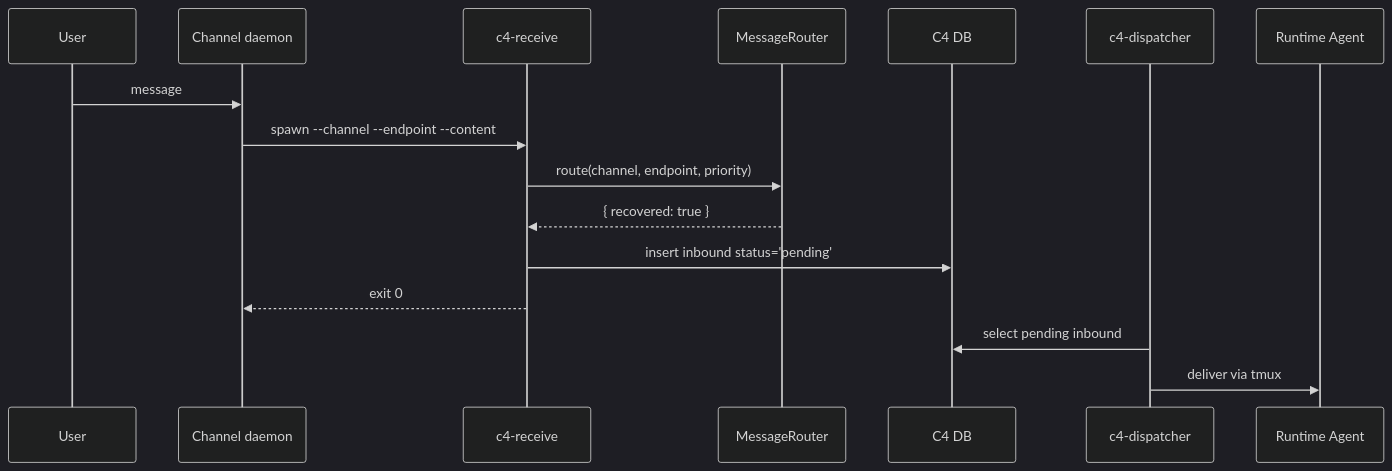
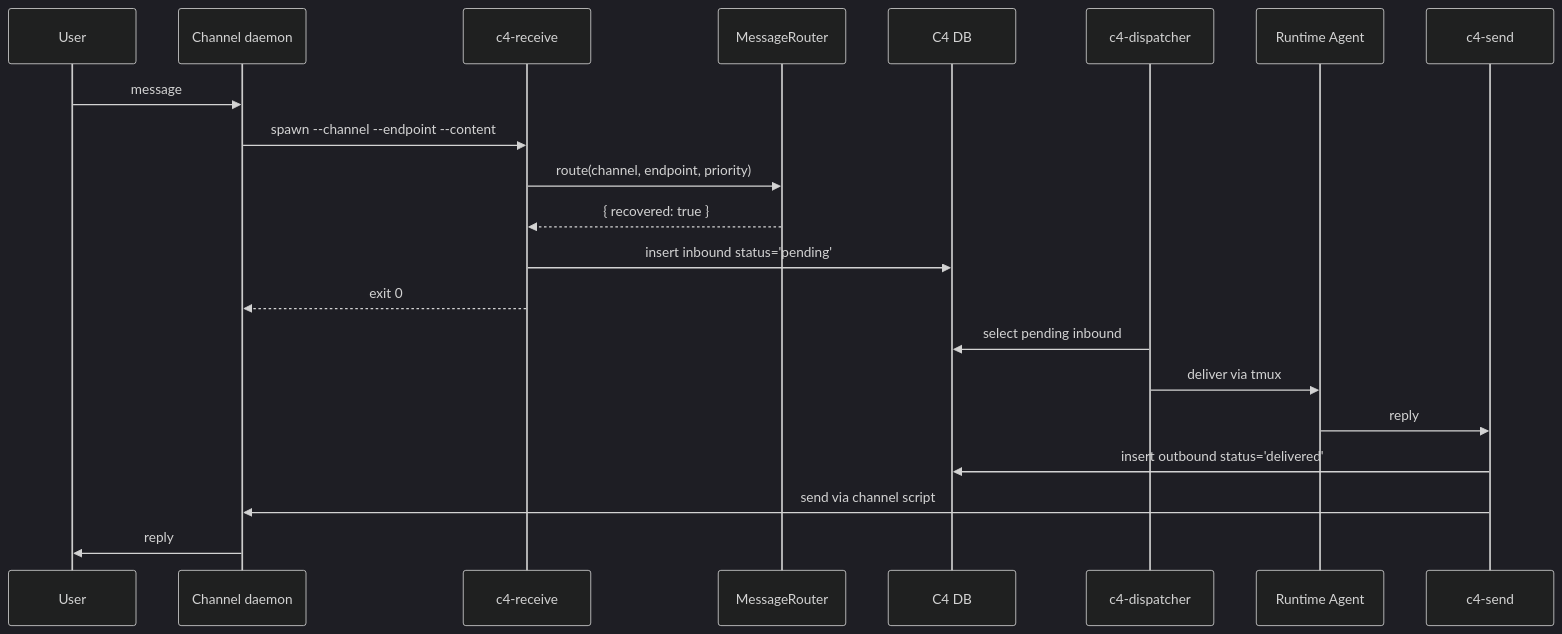
The second of 3 diagrams in docs/activity-monitor-design.md (zylos-ai/zylos-core), drawn with Mermaid (dark theme) before and after one commit. The commit also changed other lines of this file, not shown here.

Commit message:
docs(am): align container table and interaction diagrams
- Add c4-dispatcher to container table (was only in OK path diagram)
- Add c4-send reply flow to OK path diagram (was only in unhealthy path)

````diff
--- a/docs/activity-monitor-design.md
+++ b/docs/activity-monitor-design.md
@@ -73,19 +74,24 @@
 ```mermaid
 sequenceDiagram
   participant U as User
   participant C as Channel daemon
   participant R as c4-receive
   participant MR as MessageRouter
   participant DB as C4 DB
   participant D as c4-dispatcher
   participant A as Runtime Agent
+  participant S as c4-send
 
   U->>C: message
   C->>R: spawn --channel --endpoint --content
   R->>MR: route(channel, endpoint, priority)
   MR-->>R: { recovered: true }
   R->>DB: insert inbound status='pending'
   R-->>C: exit 0
   D->>DB: select pending inbound
   D->>A: deliver via tmux
+  A->>S: reply
+  S->>DB: insert outbound status='delivered'
+  S->>C: send via channel script
+  C->>U: reply
 ```
````
